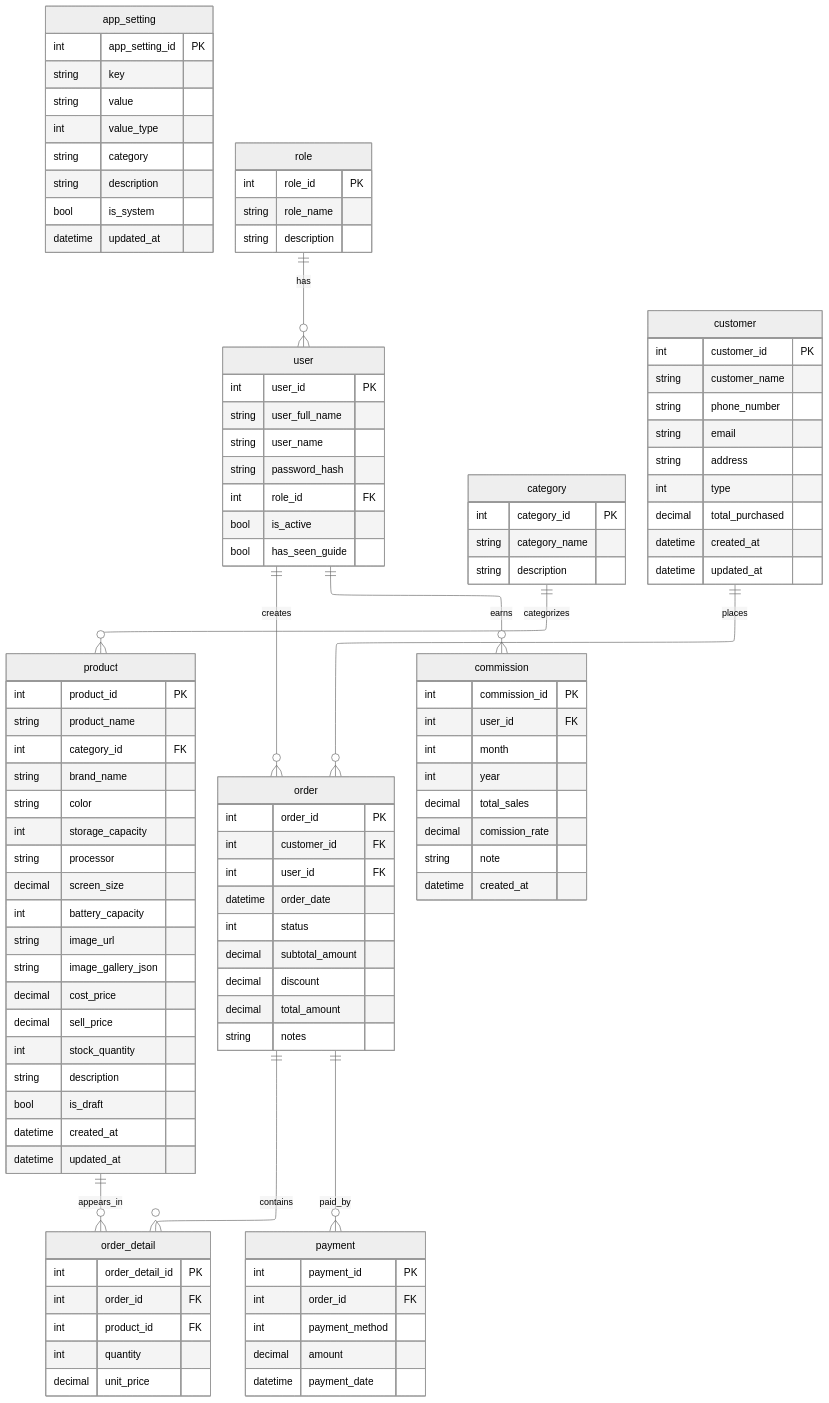
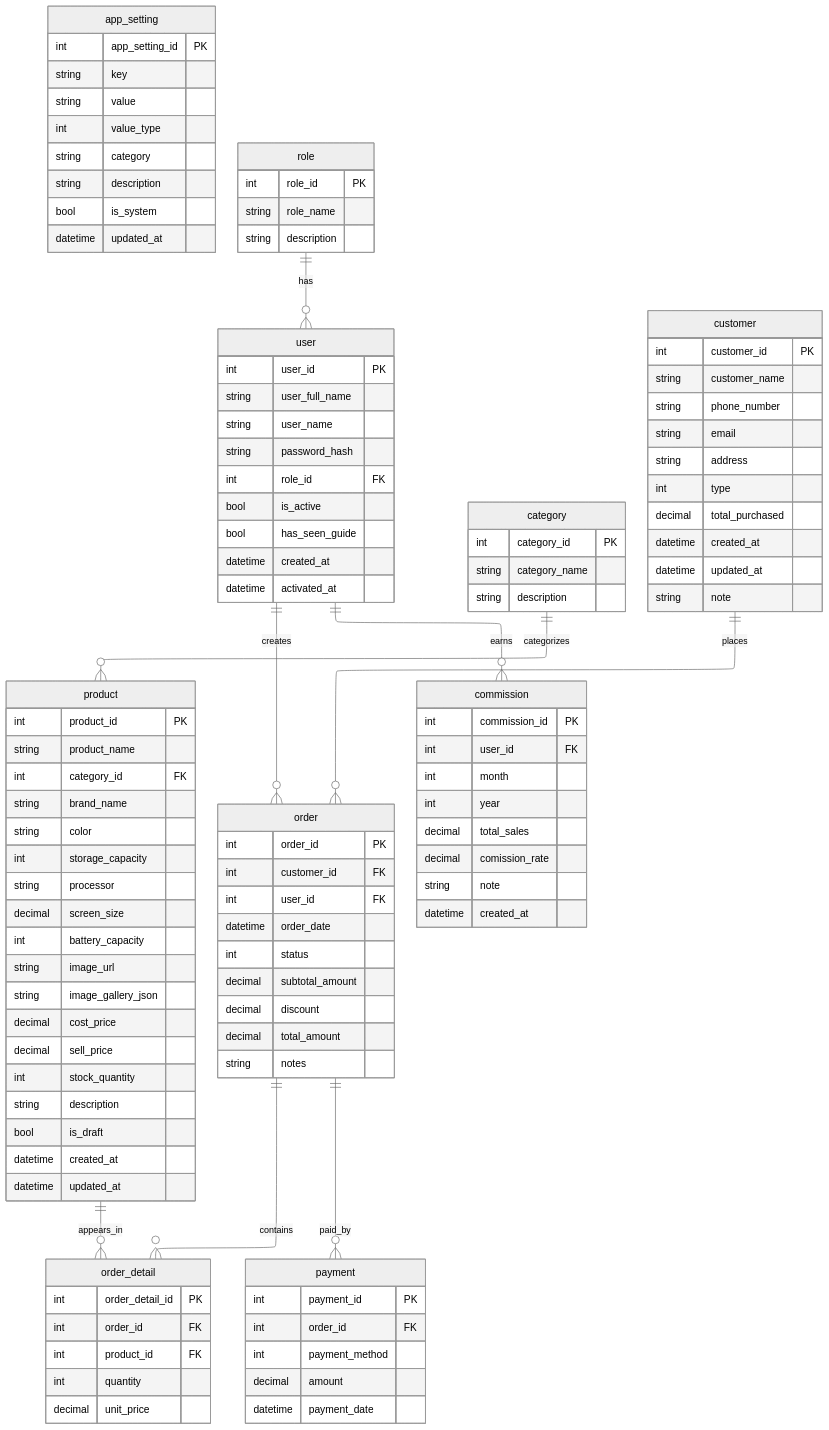
Before and after one commit to tranquocvy/window-shop-docs: the diagram in design_docs/database_ERD.md, drawn with Mermaid (neutral theme). The commit also changed 1 other file, not shown here.

Commit message:
update database

```diff
--- a/design_docs/database_ERD.md
+++ b/design_docs/database_ERD.md
@@ -29,6 +29,8 @@
         int role_id FK
         bool is_active
         bool has_seen_guide
+        datetime created_at
+        datetime activated_at
     }
 
     category {
@@ -68,6 +70,7 @@
         decimal total_purchased
         datetime created_at
         datetime updated_at
+        string note
     }
 
     order {
```
